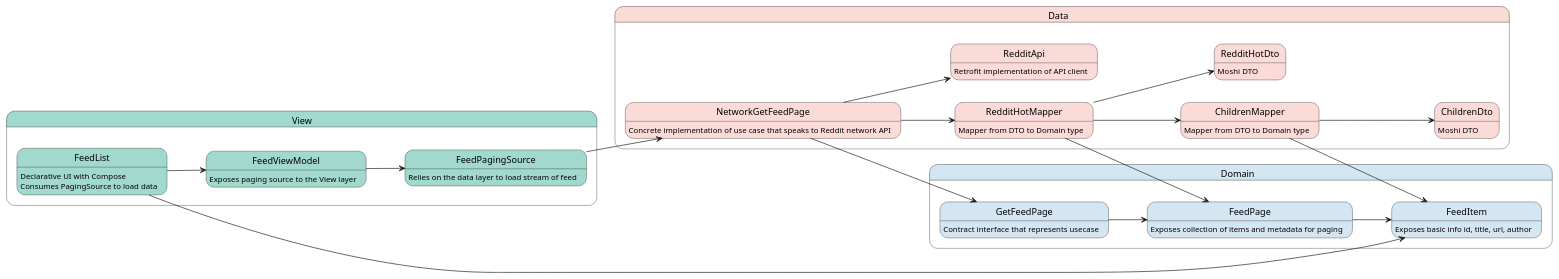
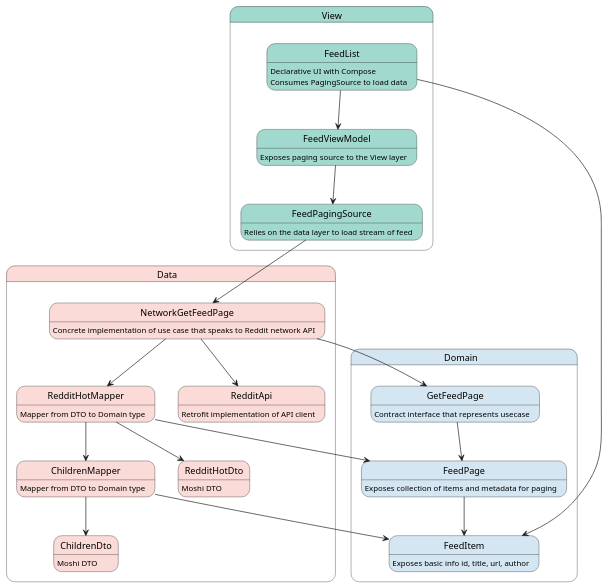
Before and after one commit to tomkoptel/yetanotherreddit: the diagram in docs/architecture.puml, drawn with PlantUML. The commit also changed 2 other files, not shown here.

```diff
--- a/docs/architecture.puml
+++ b/docs/architecture.puml
@@ -1,59 +1,58 @@
 @startuml
 
-left to right direction
-'top to bottom direction
+top to bottom direction
 
 skinparam state  {
   BackgroundColor<<Domain>> #D4E6F1
   BackgroundColor<<UI>> #A2D9CE
   BackgroundColor<<Data>> #FADBD8
 }
 
 state Domain<<Domain>> {
     state GetFeedPage<<Domain>>
     GetFeedPage: Contract interface that represents usecase
     state FeedPage<<Domain>>
     FeedPage: Exposes collection of items and metadata for paging
     state FeedItem<<Domain>>
     FeedItem: Exposes basic info id, title, url, author
 }
 
 state Data<<Data>> {
   state ChildrenDto<<Data>>
   ChildrenDto: Moshi DTO
   state ChildrenMapper<<Data>>
   ChildrenMapper: Mapper from DTO to Domain type
   state RedditHotDto<<Data>>
   RedditHotDto: Moshi DTO
   state RedditHotMapper<<Data>>
   RedditHotMapper: Mapper from DTO to Domain type
   state NetworkGetFeedPage<<Data>>
   NetworkGetFeedPage: Concrete implementation of use case that speaks to Reddit network API
   state RedditApi<<Data>>
   RedditApi: Retrofit implementation of API client
 }
 
 state View<<UI>> {
     state FeedList<<UI>>
     FeedList: Declarative UI with Compose
     FeedList: Consumes PagingSource to load data
     state FeedPagingSource<<UI>>
     FeedPagingSource: Relies on the data layer to load stream of feed
     state FeedViewModel<<UI>>
     FeedViewModel: Exposes paging source to the View layer
 }
 GetFeedPage --> FeedPage
 FeedPage --> FeedItem
 ChildrenMapper --> ChildrenDto
 ChildrenMapper --> FeedItem
 RedditHotMapper --> FeedPage
 RedditHotMapper --> RedditHotDto
 RedditHotMapper --> ChildrenMapper
 NetworkGetFeedPage --> RedditHotMapper
 NetworkGetFeedPage --> GetFeedPage
 NetworkGetFeedPage --> RedditApi
 FeedPagingSource --> NetworkGetFeedPage
 FeedViewModel --> FeedPagingSource
 FeedList --> FeedViewModel
 FeedList --> FeedItem
 @enduml
```
